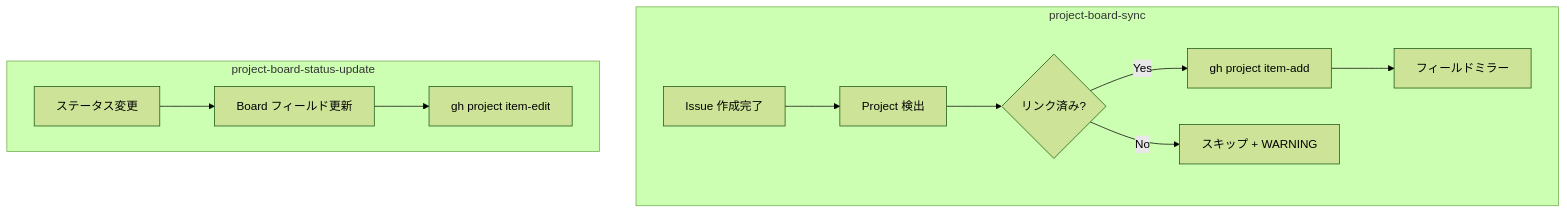
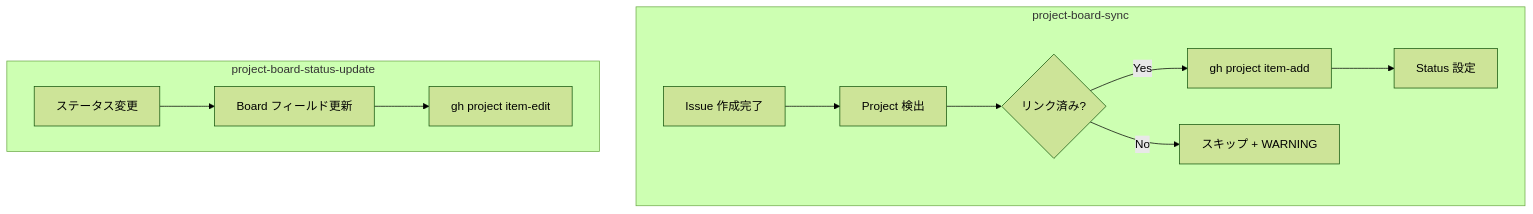
The second of 3 diagrams in plugins/twl/architecture/domain/contexts/project-mgmt.md (shuu5/twill), drawn with Mermaid (forest theme) before and after one commit. The commit also changed other lines of this file and 5 other files, not shown here.

````diff
--- a/plugins/twl/architecture/domain/contexts/project-mgmt.md
+++ b/plugins/twl/architecture/domain/contexts/project-mgmt.md
@@ -57,15 +57,15 @@
 ```mermaid
 flowchart TD
     subgraph "project-board-sync"
         A[Issue 作成完了] --> B[Project 検出]
         B --> C{リンク済み?}
         C -- Yes --> D[gh project item-add]
         C -- No --> E[スキップ + WARNING]
-        D --> F[フィールドミラー]
+        D --> F[Status 設定]
     end
 
     subgraph "project-board-status-update"
         G[ステータス変更] --> H[Board フィールド更新]
         H --> I[gh project item-edit]
     end
 ```
````
